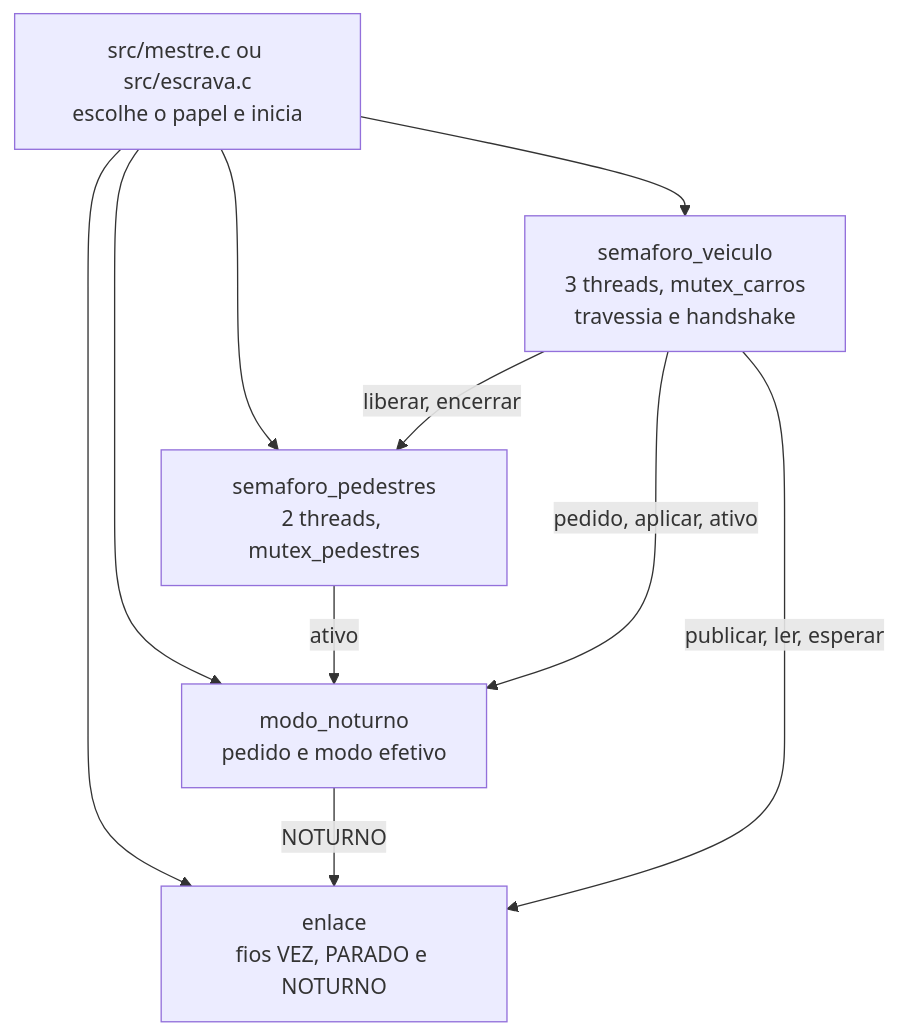
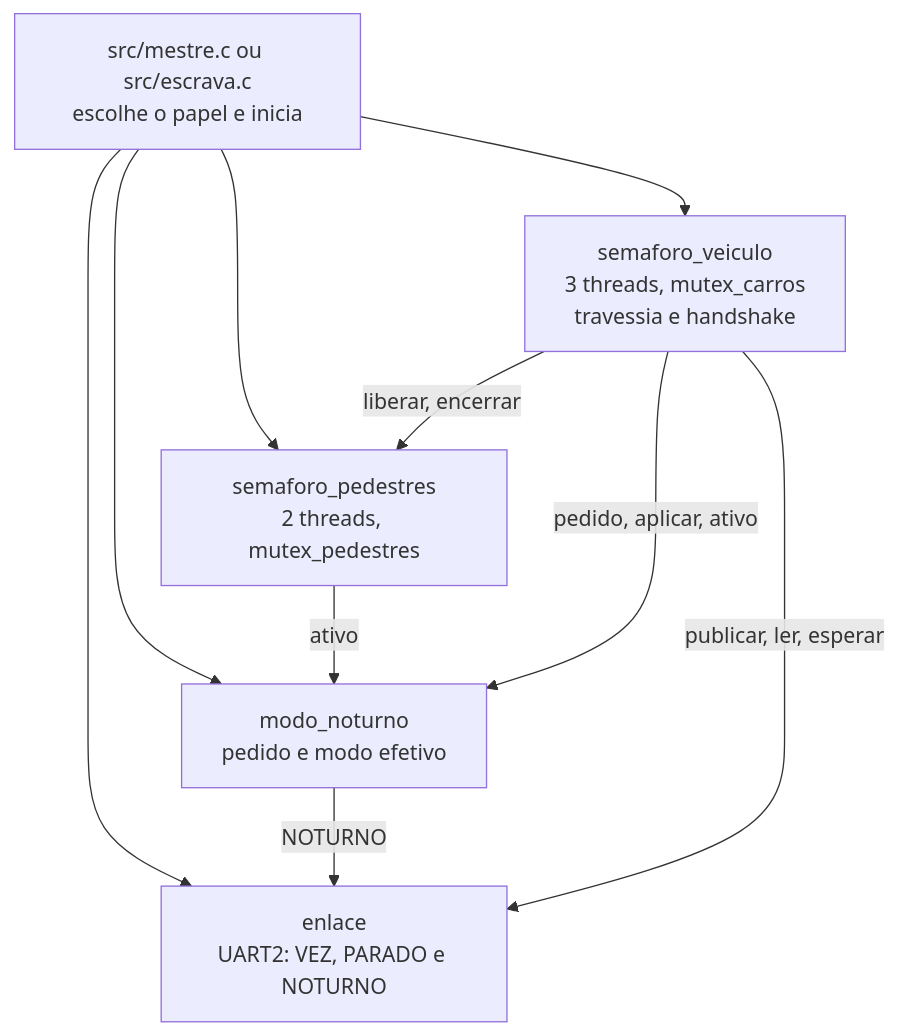
Before and after one commit to bmchad/uc-aula1-fork: the first of 5 diagrams in docs/02-arquitetura.md, drawn with Mermaid. The commit also changed other lines of this file and 23 other files, not shown here.

````diff
--- a/docs/02-arquitetura.md
+++ b/docs/02-arquitetura.md
@@ -7,18 +7,18 @@
 ```mermaid
 flowchart TB
     principal["src/mestre.c ou src/escrava.c<br/>escolhe o papel e inicia"]
     veiculo["semaforo_veiculo<br/>3 threads, mutex_carros<br/>travessia e handshake"]
     pedestres["semaforo_pedestres<br/>2 threads, mutex_pedestres"]
     noturno["modo_noturno<br/>pedido e modo efetivo"]
-    enlace["enlace<br/>fios VEZ, PARADO e NOTURNO"]
+    enlace["enlace<br/>UART2: VEZ, PARADO e NOTURNO"]
 
     principal --> enlace
     principal --> noturno
     principal --> pedestres
     principal --> veiculo
     veiculo -->|"liberar, encerrar"| pedestres
     veiculo -->|"pedido, aplicar, ativo"| noturno
     pedestres -->|"ativo"| noturno
     veiculo -->|"publicar, ler, esperar"| enlace
     noturno -->|"NOTURNO"| enlace
 ```
````
